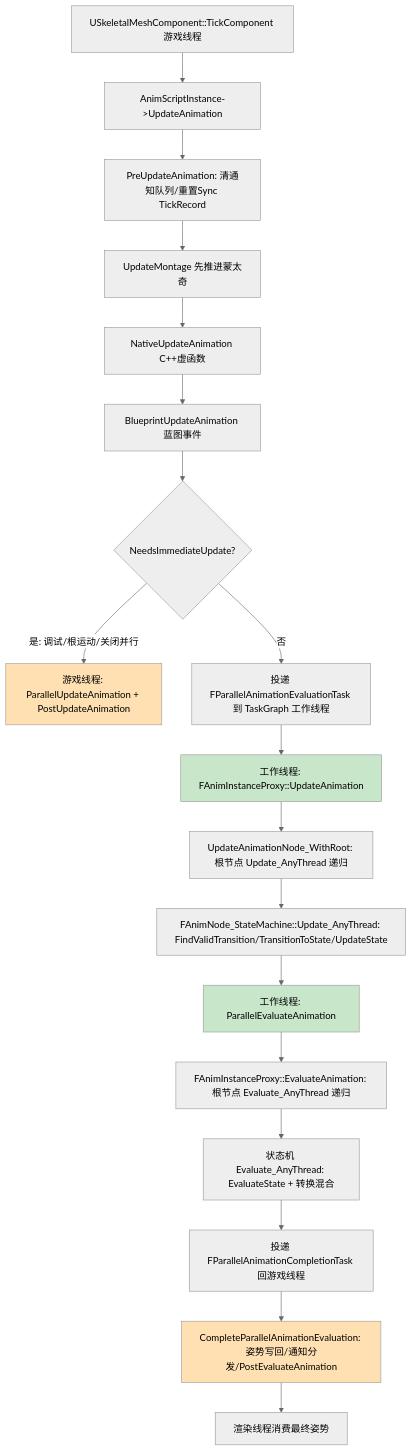
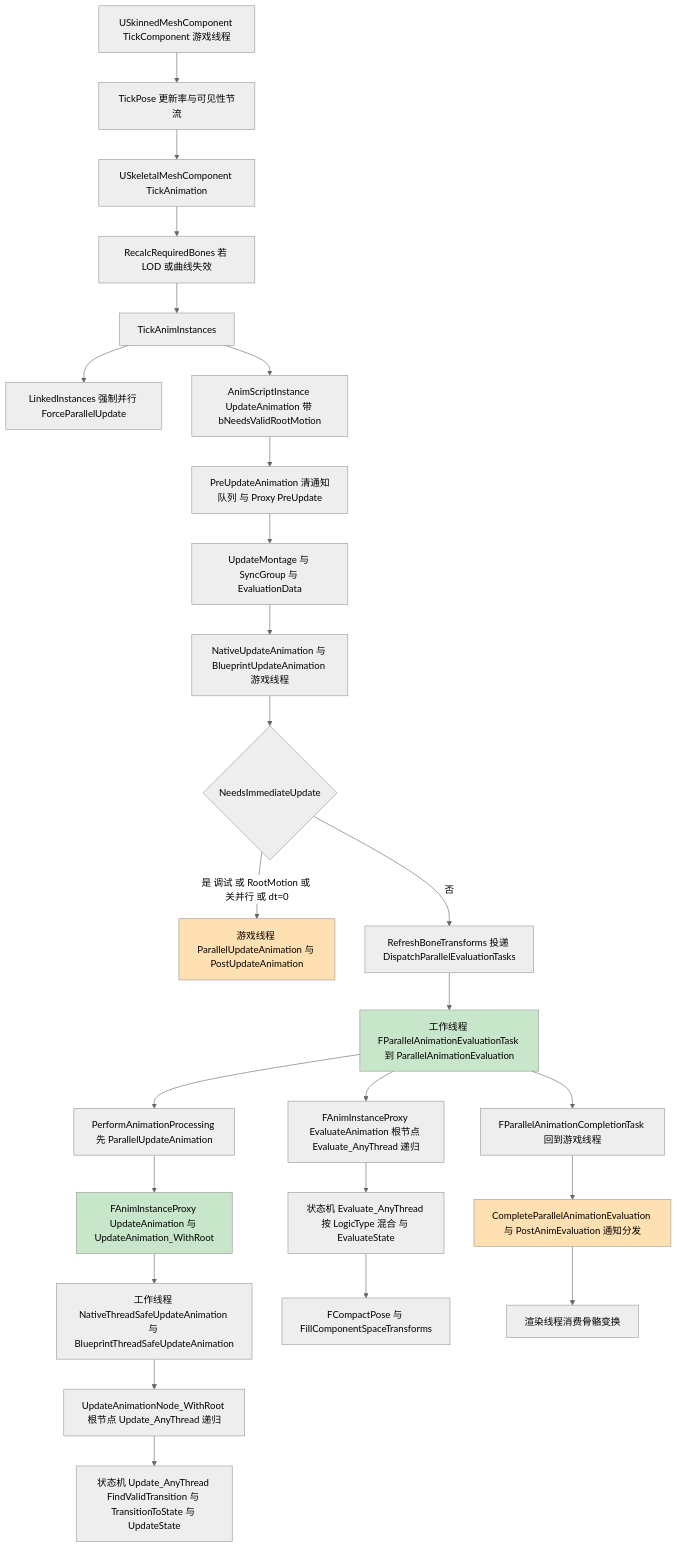
One commit to fantuan812/learning changed the diagram in 游戏知识/12-引擎源码分析/11-动画系统求值源码.md. Above: the diagram before and after it, drawn with Mermaid (neutral theme). The commit also changed other lines of this file and 264 other files, not shown here.

````diff
--- a/游戏知识/12-引擎源码分析/11-动画系统求值源码.md
+++ b/游戏知识/12-引擎源码分析/11-动画系统求值源码.md
@@ -653,25 +2606,32 @@
 ```mermaid
 flowchart TD
-    A[USkeletalMeshComponent::TickComponent 游戏线程] --> B[AnimScriptInstance->UpdateAnimation]
-    B --> C[PreUpdateAnimation: 清通知队列/重置Sync TickRecord]
-    C --> D[UpdateMontage 先推进蒙太奇]
-    D --> E[NativeUpdateAnimation C++虚函数]
-    E --> F[BlueprintUpdateAnimation 蓝图事件]
-    F --> G{NeedsImmediateUpdate?}
-    G -->|是: 调试/根运动/关闭并行| H[游戏线程: ParallelUpdateAnimation + PostUpdateAnimation]
-    G -->|否| I[投递 FParallelAnimationEvaluationTask 到 TaskGraph 工作线程]
-    I --> J[工作线程: FAnimInstanceProxy::UpdateAnimation]
-    J --> K[UpdateAnimationNode_WithRoot: 根节点 Update_AnyThread 递归]
-    K --> L[FAnimNode_StateMachine::Update_AnyThread: FindValidTransition/TransitionToState/UpdateState]
-    L --> M[工作线程: ParallelEvaluateAnimation]
-    M --> N[FAnimInstanceProxy::EvaluateAnimation: 根节点 Evaluate_AnyThread 递归]
-    N --> O[状态机 Evaluate_AnyThread: EvaluateState + 转换混合]
-    O --> P[投递 FParallelAnimationCompletionTask 回游戏线程]
-    P --> Q[CompleteParallelAnimationEvaluation: 姿势写回/通知分发/PostEvaluateAnimation]
-    Q --> R[渲染线程消费最终姿势]
+    A[USkinnedMeshComponent TickComponent 游戏线程] --> B[TickPose 更新率与可见性节流]
+    B --> C[USkeletalMeshComponent TickAnimation]
+    C --> D[RecalcRequiredBones 若 LOD 或曲线失效]
+    D --> E[TickAnimInstances]
+    E --> F[LinkedInstances 强制并行 ForceParallelUpdate]
+    E --> G[AnimScriptInstance UpdateAnimation 带 bNeedsValidRootMotion]
+    G --> H[PreUpdateAnimation 清通知队列 与 Proxy PreUpdate]
+    H --> I[UpdateMontage 与 SyncGroup 与 EvaluationData]
+    I --> J[NativeUpdateAnimation 与 BlueprintUpdateAnimation 游戏线程]
+    J --> K{NeedsImmediateUpdate}
+    K -->|是 调试 或 RootMotion 或 关并行 或 dt=0| L[游戏线程 ParallelUpdateAnimation 与 PostUpdateAnimation]
+    K -->|否| M[RefreshBoneTransforms 投递 DispatchParallelEvaluationTasks]
+    M --> N[工作线程 FParallelAnimationEvaluationTask 到 ParallelAnimationEvaluation]
+    N --> O[PerformAnimationProcessing 先 ParallelUpdateAnimation]
+    O --> P[FAnimInstanceProxy UpdateAnimation 与 UpdateAnimation_WithRoot]
+    P --> Q[工作线程 NativeThreadSafeUpdateAnimation 与 BlueprintThreadSafeUpdateAnimation]
+    Q --> R[UpdateAnimationNode_WithRoot 根节点 Update_AnyThread 递归]
+    R --> S[状态机 Update_AnyThread FindValidTransition 与 TransitionToState 与 UpdateState]
+    N --> T[FAnimInstanceProxy EvaluateAnimation 根节点 Evaluate_AnyThread 递归]
+    T --> U[状态机 Evaluate_AnyThread 按 LogicType 混合 与 EvaluateState]
+    U --> V[FCompactPose 与 FillComponentSpaceTransforms]
+    N --> W[FParallelAnimationCompletionTask 回到游戏线程]
+    W --> X[CompleteParallelAnimationEvaluation 与 PostAnimEvaluation 通知分发]
+    X --> Y[渲染线程消费骨骼变换]
 
-    style H fill:#ffe0b2
-    style J fill:#c8e6c9
-    style M fill:#c8e6c9
-    style Q fill:#ffe0b2
+    style L fill:#ffe0b2
+    style N fill:#c8e6c9
+    style P fill:#c8e6c9
+    style X fill:#ffe0b2
 ```
````
